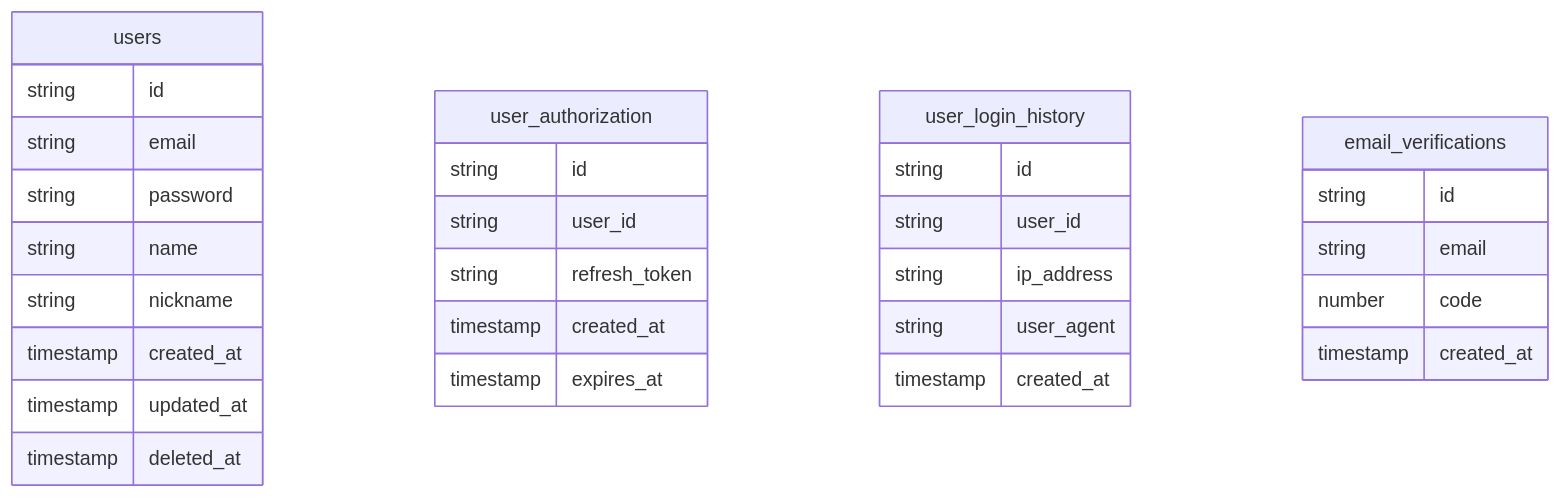
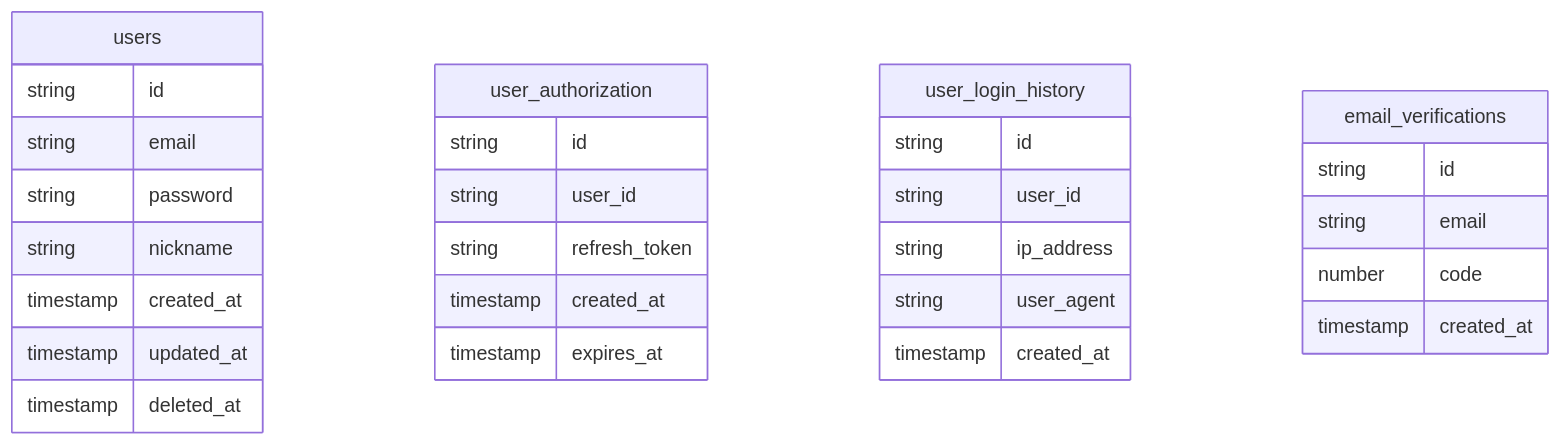
Before and after one commit to silverline-k/oh-my-nest: the diagram in README.md, drawn with Mermaid. The commit also changed 5 other files, not shown here.

````diff
--- a/README.md
+++ b/README.md
@@ -11,39 +11,32 @@
 ```mermaid
 erDiagram
 users {
   string id
   string email
   string password
-  string name
   string nickname
   timestamp created_at
   timestamp updated_at
   timestamp deleted_at
 }
 user_authorization {
   string id
   string user_id
   string refresh_token
   timestamp created_at
   timestamp expires_at
 }
 user_login_history {
   string id
   string user_id
   string ip_address
   string user_agent
   timestamp created_at
 }
 email_verifications {
   string id
   string email
   number code
   timestamp created_at
 }
-
-%% EVENT {
-%%   string id
-%%   string title
-%%   string description
-%% }
 ```
````
